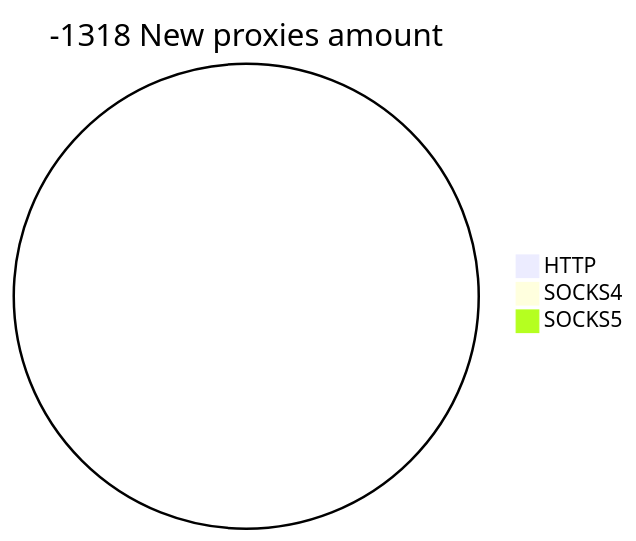
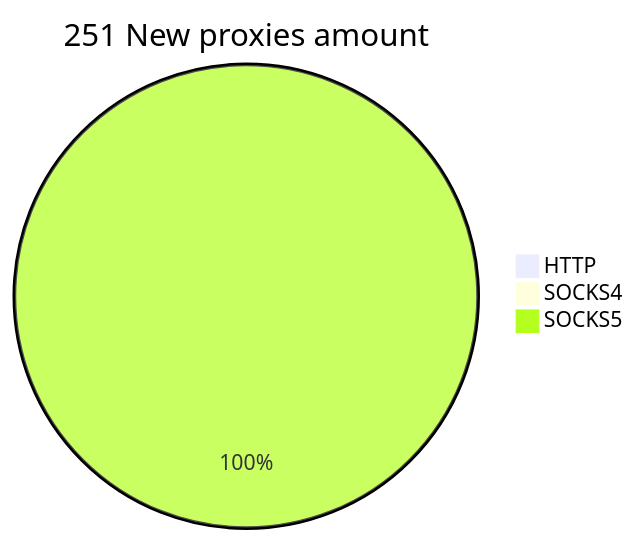
One commit to cutipu/proxylist changed the second of 2 diagrams in README.md. Above: the diagram before and after it, drawn with Mermaid. The commit also changed other lines of this file, not shown here.

````diff
--- a/README.md
+++ b/README.md
@@ -10,6 +10,6 @@
 ```mermaid
-pie title -1318 New proxies amount
+pie title 251 New proxies amount
     "HTTP" : 0
     "SOCKS4" : 0
-    "SOCKS5" : 0
+    "SOCKS5" : 1197
 ```
````
